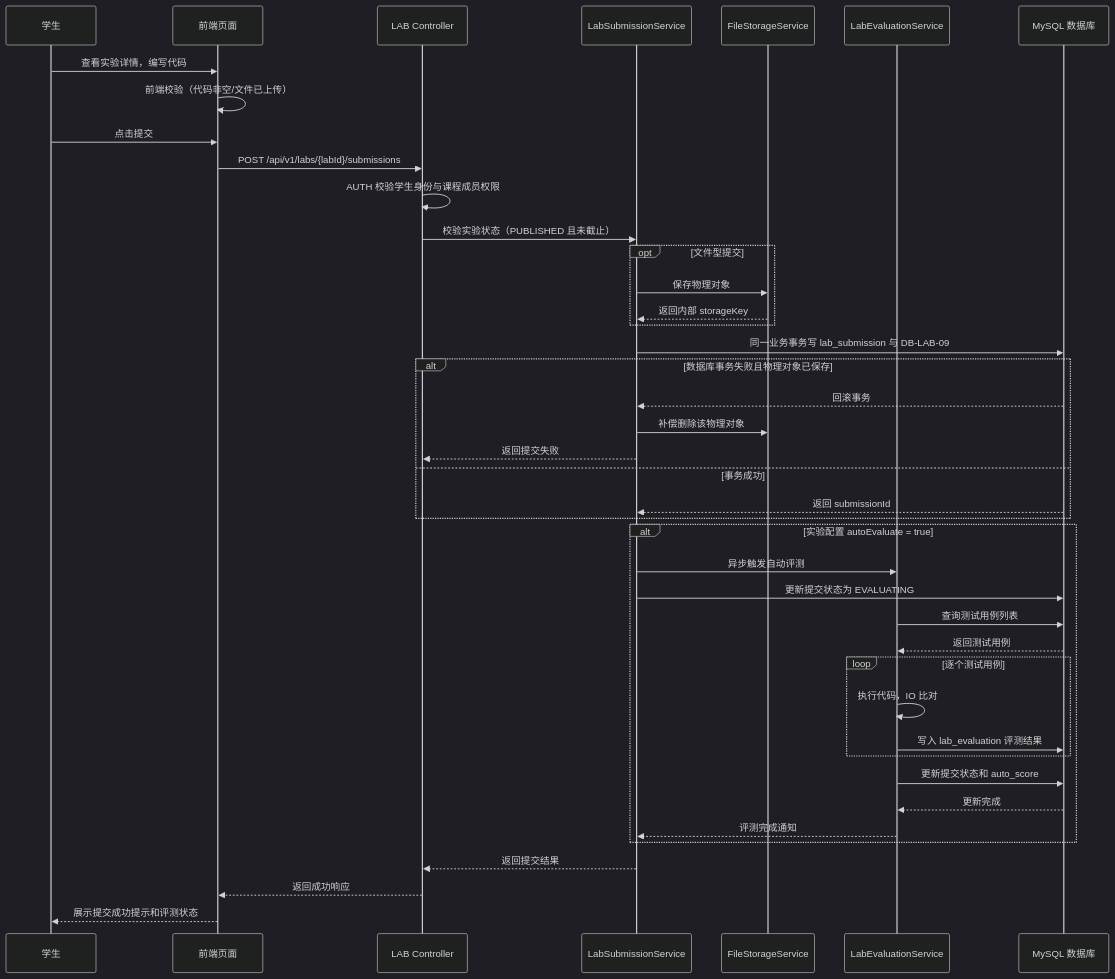
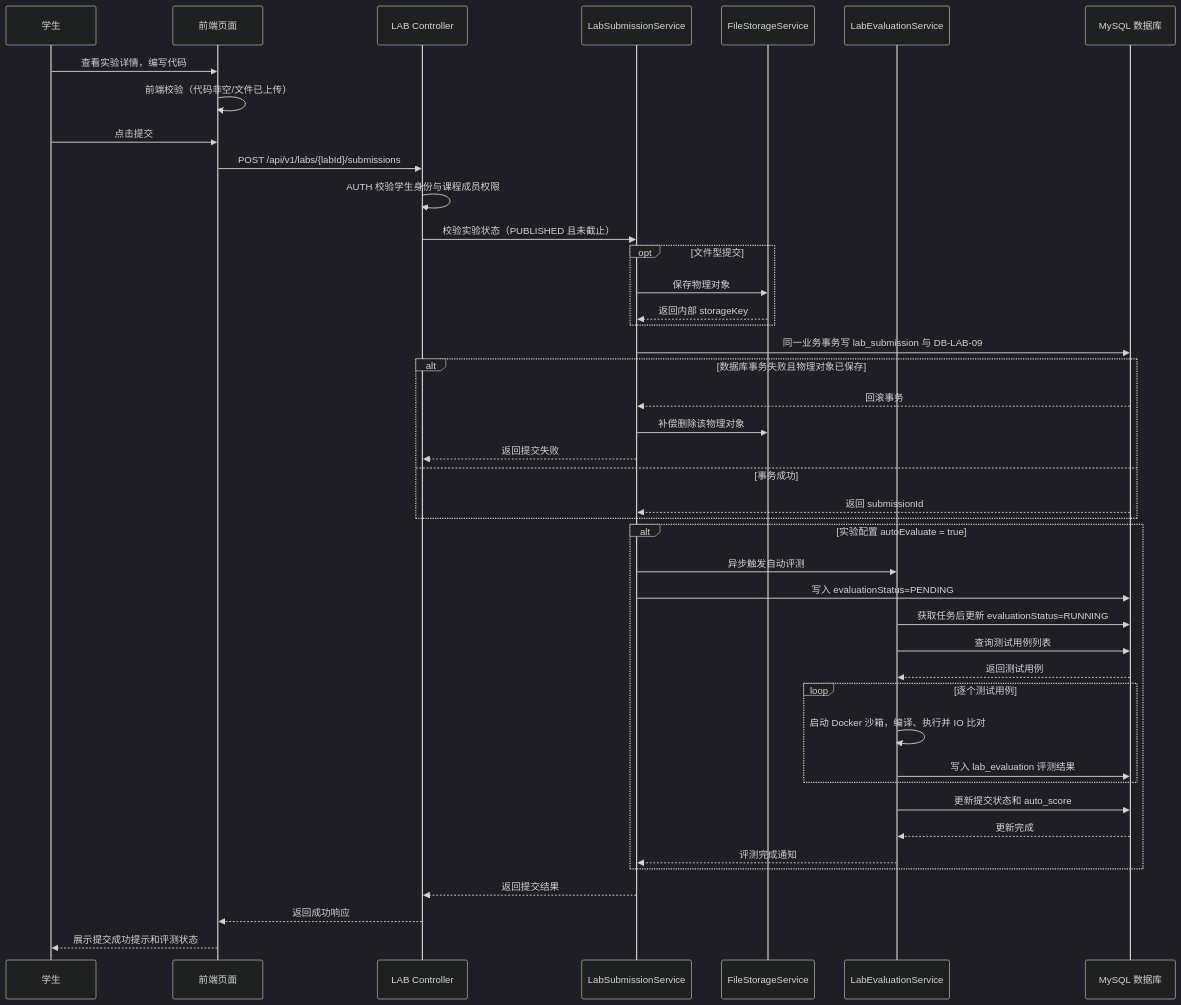
The second of 7 diagrams in docs/过程/详细设计/LAB-实训实验模块-详细设计提交稿.md (Cr4zyorange/OnlineJudge), drawn with Mermaid (dark theme) before and after one commit. The commit also changed other lines of this file and 10 other files, not shown here.

````diff
--- a/docs/过程/详细设计/LAB-实训实验模块-详细设计提交稿.md
+++ b/docs/过程/详细设计/LAB-实训实验模块-详细设计提交稿.md
@@ -581,45 +592,46 @@
 ```mermaid
 sequenceDiagram
   participant U as 学生
   participant P as 前端页面
   participant A as LAB Controller
   participant S as LabSubmissionService
   participant F as FileStorageService
   participant E as LabEvaluationService
   participant D as MySQL 数据库
 
   U->>P: 查看实验详情，编写代码
   P->>P: 前端校验（代码非空/文件已上传）
   U->>P: 点击提交
   P->>A: POST /api/v1/labs/{labId}/submissions
   A->>A: AUTH 校验学生身份与课程成员权限
   A->>S: 校验实验状态（PUBLISHED 且未截止）
   opt 文件型提交
     S->>F: 保存物理对象
     F-->>S: 返回内部 storageKey
   end
   S->>D: 同一业务事务写 lab_submission 与 DB-LAB-09
   alt 数据库事务失败且物理对象已保存
     D-->>S: 回滚事务
     S->>F: 补偿删除该物理对象
     S-->>A: 返回提交失败
   else 事务成功
     D-->>S: 返回 submissionId
   end
   alt 实验配置 autoEvaluate = true
     S->>E: 异步触发自动评测
-    S->>D: 更新提交状态为 EVALUATING
+    S->>D: 写入 evaluationStatus=PENDING
+    E->>D: 获取任务后更新 evaluationStatus=RUNNING
     E->>D: 查询测试用例列表
     D-->>E: 返回测试用例
     loop 逐个测试用例
-      E->>E: 执行代码，IO 比对
+      E->>E: 启动 Docker 沙箱，编译、执行并 IO 比对
       E->>D: 写入 lab_evaluation 评测结果
     end
     E->>D: 更新提交状态和 auto_score
     D-->>E: 更新完成
     E-->>S: 评测完成通知
   end
   S-->>A: 返回提交结果
   A-->>P: 返回成功响应
   P-->>U: 展示提交成功提示和评测状态
 ```
````
